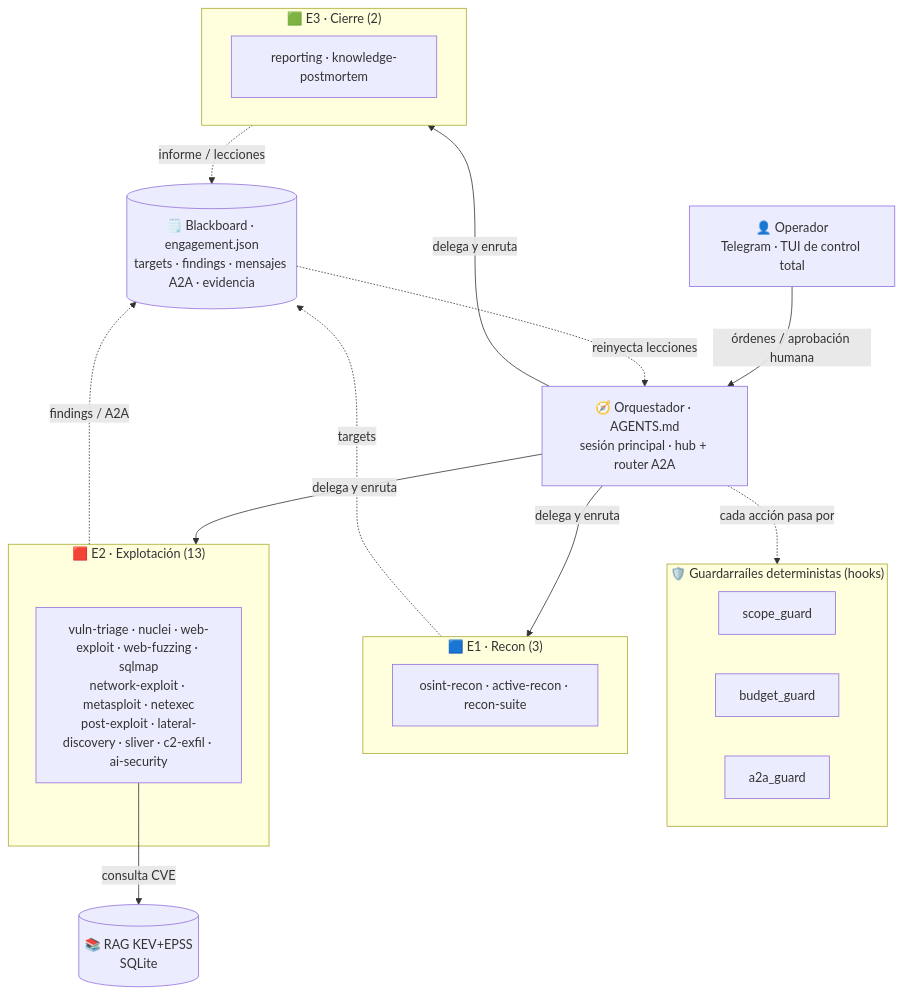
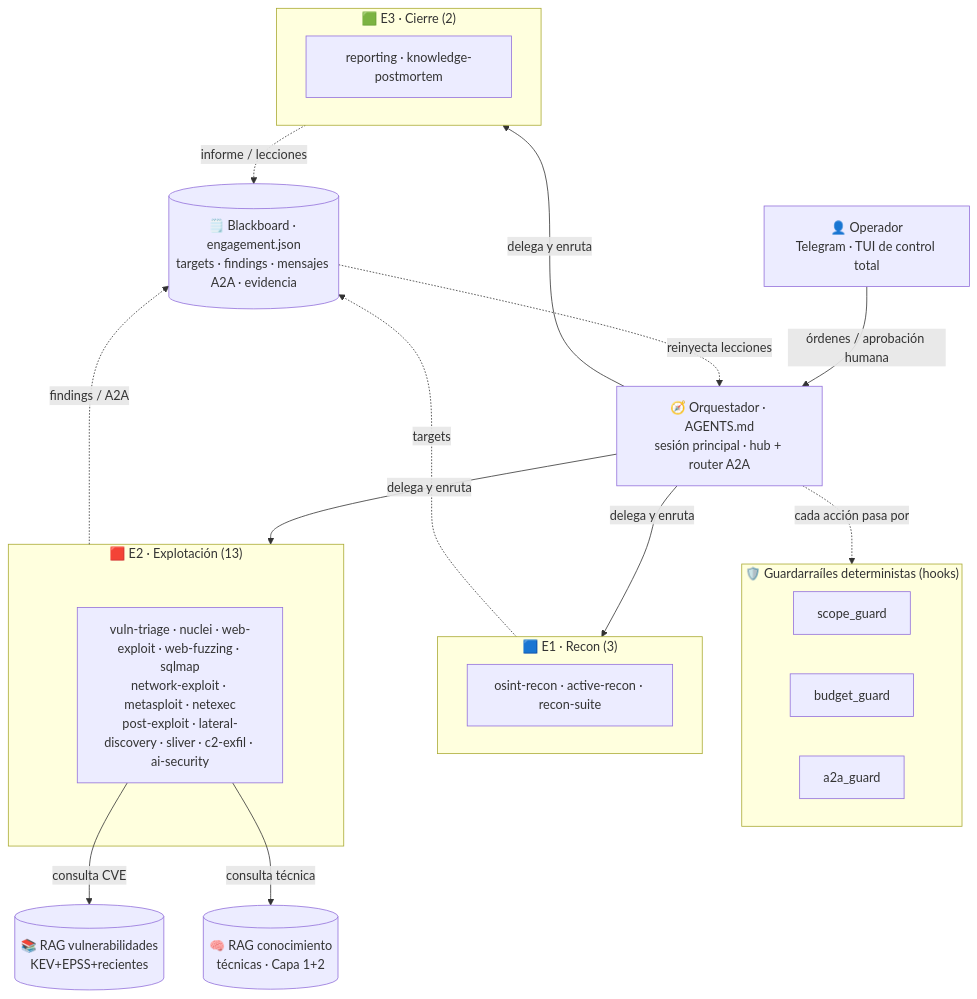
The diagram in README.md (devPruebaDataunix/Data-Attack-Offensive-Tools), drawn with Mermaid before and after one commit. The commit also changed other lines of this file and 4 other files, not shown here.

First line of the commit message:
docs: README + diagrama de arquitectura reflejan los dos RAG (vulns + conocimiento)

````diff
--- a/README.md
+++ b/README.md
@@ -120,31 +123,33 @@
 ```mermaid
 flowchart TB
     OP["👤 Operador<br/>Telegram · TUI de control total"]
     ORQ["🧭 Orquestador · AGENTS.md<br/>sesión principal · hub + router A2A"]
     subgraph GATES["🛡️ Guardarraíles deterministas (hooks)"]
         SG["scope_guard"]
         BG["budget_guard"]
         AG["a2a_guard"]
     end
     BB[("🗒️ Blackboard · engagement.json<br/>targets · findings · mensajes A2A · evidencia")]
-    RAGDB[("📚 RAG KEV+EPSS<br/>SQLite")]
+    RAGDB[("📚 RAG vulnerabilidades<br/>KEV+EPSS+recientes")]
+    RAGKB[("🧠 RAG conocimiento<br/>técnicas · Capa 1+2")]
     subgraph E1["🟦 E1 · Recon (3)"]
         R["osint-recon · active-recon · recon-suite"]
     end
     subgraph E2["🟥 E2 · Explotación (13)"]
         X["vuln-triage · nuclei · web-exploit · web-fuzzing · sqlmap<br/>network-exploit · metasploit · netexec<br/>post-exploit · lateral-discovery · sliver · c2-exfil · ai-security"]
     end
     subgraph E3["🟩 E3 · Cierre (2)"]
         C["reporting · knowledge-postmortem"]
     end
     OP -->|órdenes / aprobación humana| ORQ
     ORQ -->|delega y enruta| E1
     ORQ -->|delega y enruta| E2
     ORQ -->|delega y enruta| E3
     ORQ -.->|cada acción pasa por| GATES
     E1 -.->|targets| BB
     E2 -.->|findings / A2A| BB
     E3 -.->|informe / lecciones| BB
     BB -.->|reinyecta lecciones| ORQ
     X -->|consulta CVE| RAGDB
+    X -->|consulta técnica| RAGKB
 ```
````
